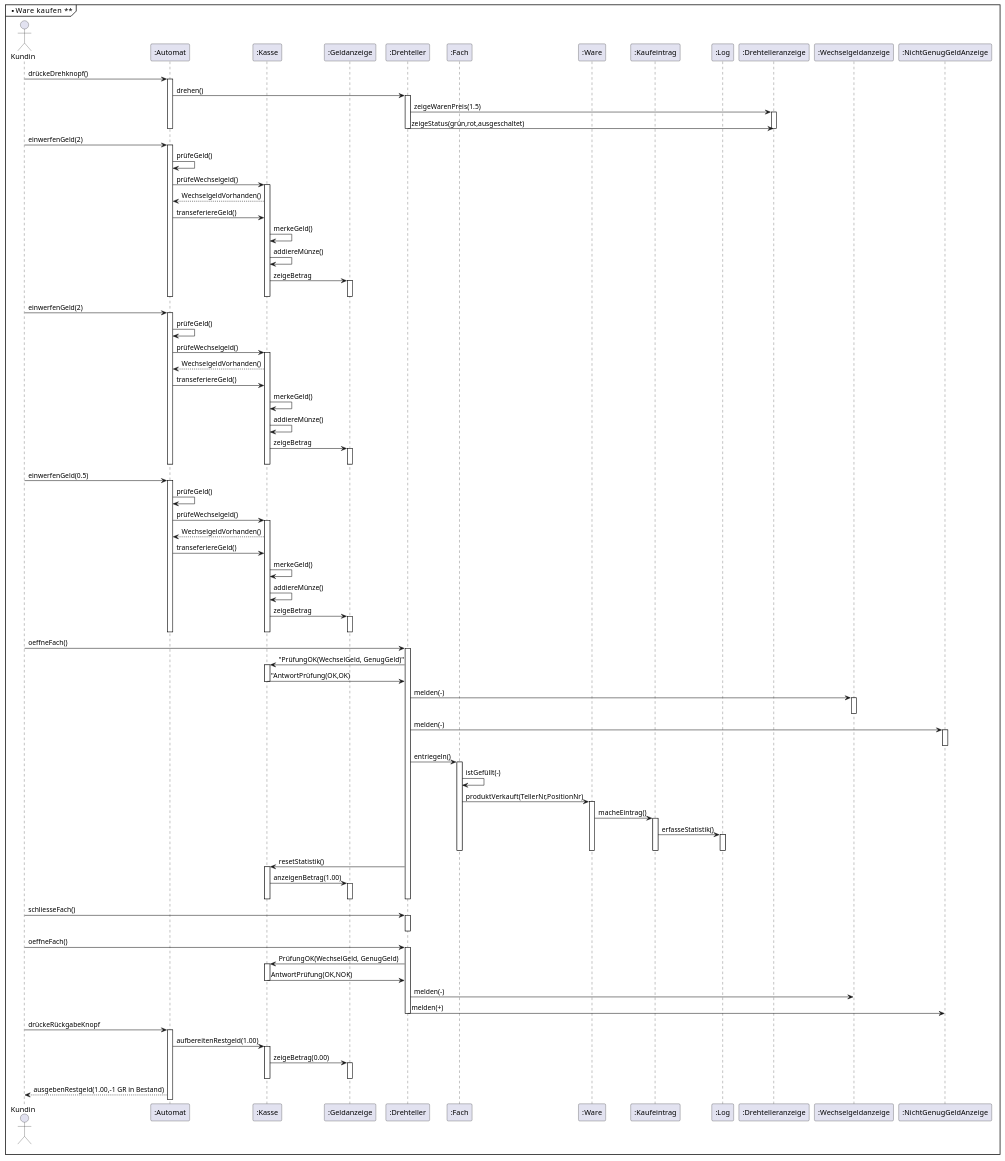
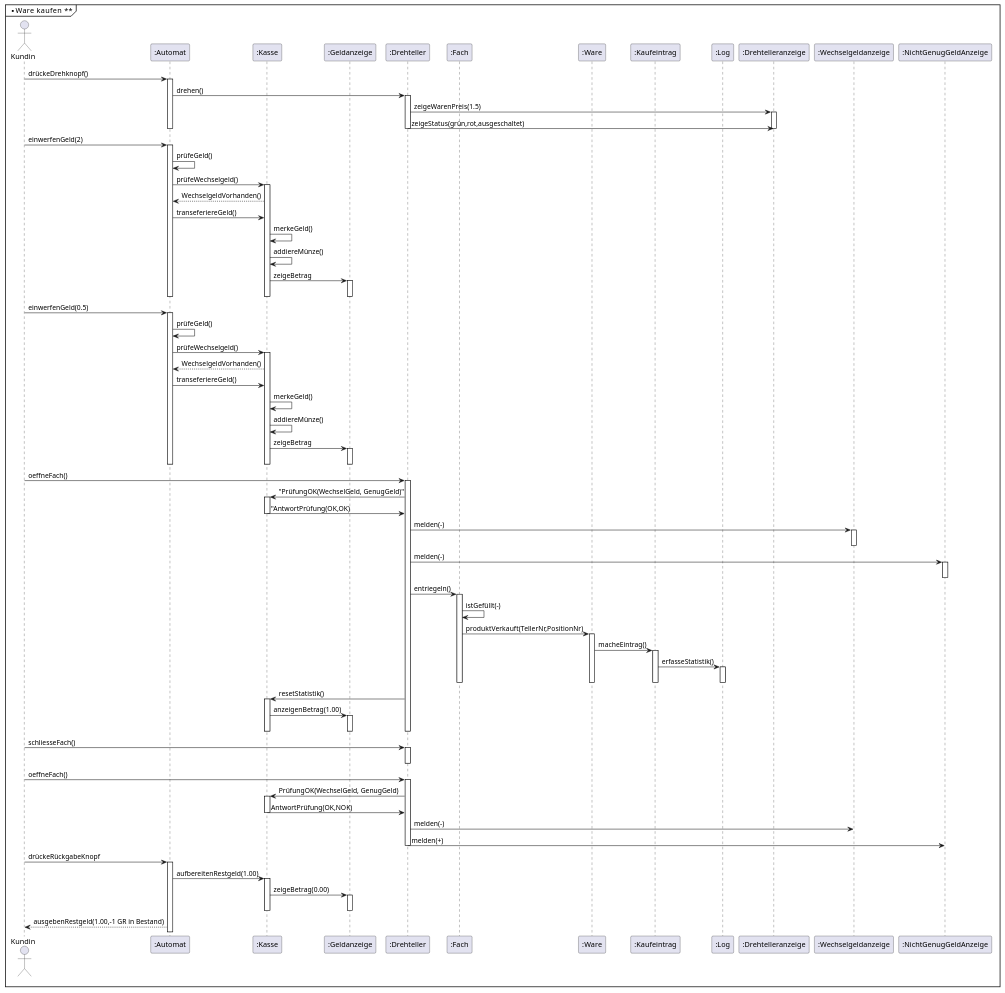
The third of 4 diagrams in Warenautomat.md (egoat/MAS-SE22_Warenautomat2022_Analyse), drawn with PlantUML before and after one commit. The commit also changed other lines of this file, not shown here.

Commit message:
Update Klassendiagramm

```diff
--- a/Warenautomat.md
+++ b/Warenautomat.md
@@ -235,23 +248,6 @@
     deactivate D
     deactivate Automat
     
-
-Kundin -> Automat : einwerfenGeld(2)
-    activate Automat
-    Automat -> Automat : prüfeGeld()
-    Automat -> Kasse   : prüfeWechselgeld()
-    activate Kasse
-    Kasse --> Automat : WechselgeldVorhanden()
-    
-    Automat  -> Kasse : transeferiereGeld()
-    Kasse -> Kasse : merkeGeld()
-    Kasse -> Kasse : addiereMünze()
-   
-    Kasse -> GA : zeigeBetrag
-    activate GA
-    deactivate GA
-    deactivate Kasse
-    deactivate Automat
 
 Kundin -> Automat : einwerfenGeld(2)
     activate Automat
```
